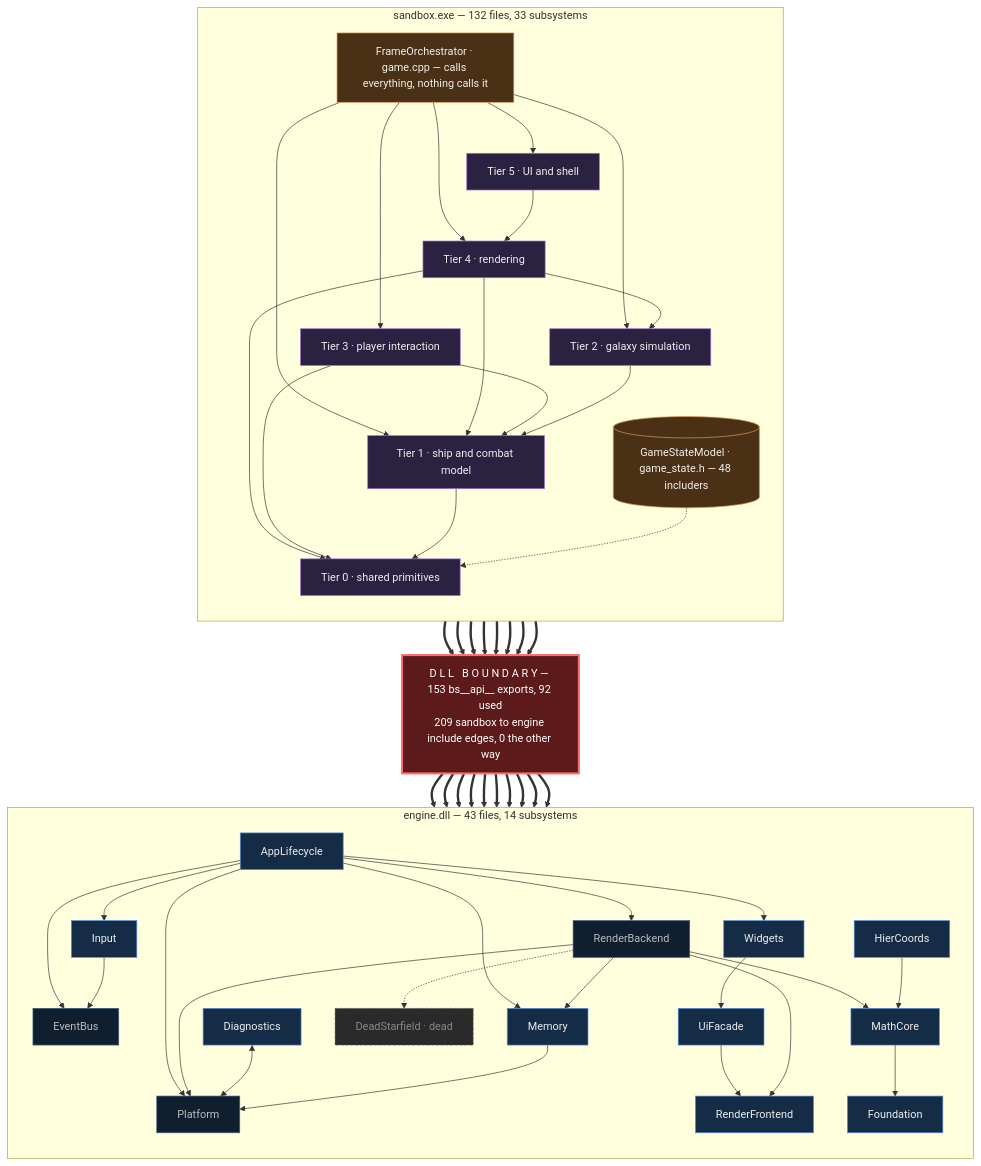
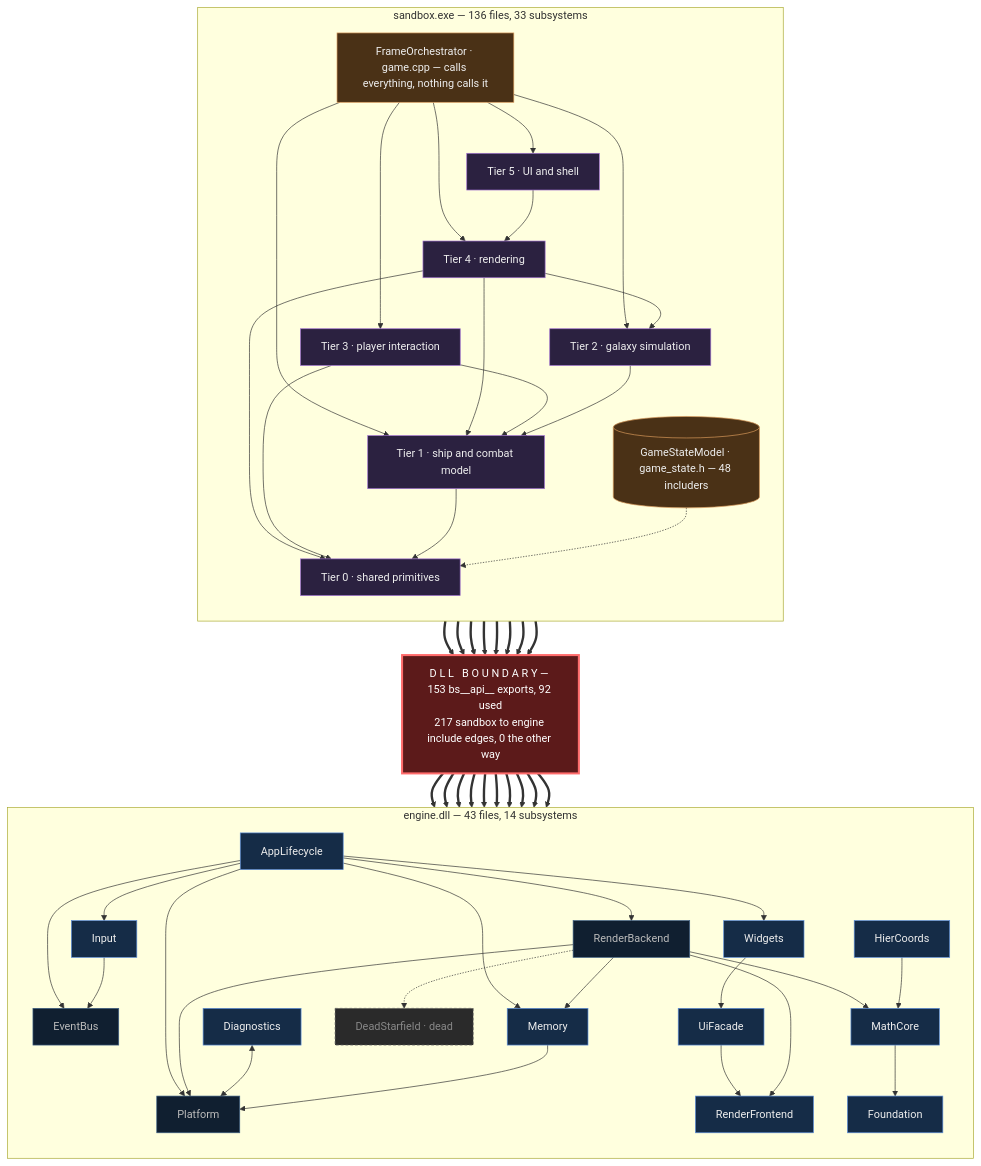
The diagram in docs/architecture/README.md (jm-kairos/black-stride-2D), drawn with Mermaid before and after one commit. The commit also changed other lines of this file and 4 other files, not shown here.

First line of the commit message:
Regenerate the dependency graph and repair the sandbox cluster map

````diff
--- a/docs/architecture/README.md
+++ b/docs/architecture/README.md
@@ -16,43 +16,43 @@
 ```mermaid
 flowchart TB
   classDef tier  fill:#2b2140,stroke:#a071d1,color:#eee
   classDef hub   fill:#4a3116,stroke:#d99a5b,color:#eee
   classDef eng   fill:#152c47,stroke:#5b8dd9,color:#eee
   classDef engi  fill:#101f30,stroke:#3d5f85,color:#bbb
   classDef dead  fill:#2a2a2a,stroke:#666,color:#888,stroke-dasharray:4 3
   classDef bar   fill:#5c1a1a,stroke:#ff6b6b,color:#fff,stroke-width:3px
 
-  subgraph SANDBOX["sandbox.exe — 132 files, 33 subsystems"]
+  subgraph SANDBOX["sandbox.exe — 136 files, 33 subsystems"]
     direction TB
     ORCH["FrameOrchestrator · game.cpp — calls everything, nothing calls it"] --> T5["Tier 5 · UI and shell"] & T4["Tier 4 · rendering"] & T3["Tier 3 · player interaction"] & T2["Tier 2 · galaxy simulation"] & T1["Tier 1 · ship and combat model"]
     T5 --> T4 --> T2 & T1 & T0["Tier 0 · shared primitives"]
     T3 --> T1 & T0
     T2 --> T1 --> T0
     HUB[("GameStateModel · game_state.h — 48 includers")] -.-> T0
   end
 
-  BOUND["D L L   B O U N D A R Y — 153 bs__api__ exports, 92 used<br/>209 sandbox to engine include edges, 0 the other way"]
+  BOUND["D L L   B O U N D A R Y — 153 bs__api__ exports, 92 used<br/>217 sandbox to engine include edges, 0 the other way"]
 
   T0 & T1 & T2 & T3 & T4 & T5 & ORCH & HUB ==> BOUND
 
   subgraph ENGINE["engine.dll — 43 files, 14 subsystems"]
     direction TB
     APP["AppLifecycle"] --> RBK["RenderBackend"] & WID["Widgets"] & INP["Input"] & EVT["EventBus"] & MEM["Memory"] & PLT["Platform"]
     WID --> UIF["UiFacade"] --> RFR["RenderFrontend"]
     RBK --> RFR & MEM & PLT & MTH["MathCore"]
     RBK -.-> DEAD["DeadStarfield · dead"]
     INP --> EVT
     DIA["Diagnostics"] <--> PLT
     HIER["HierCoords"] --> MTH --> FND["Foundation"]
     MEM --> PLT
   end
 
   BOUND ==> APP & WID & UIF & RFR & INP & MEM & DIA & MTH & HIER & FND
 
   class T0,T1,T2,T3,T4,T5 tier
   class ORCH,HUB hub
   class APP,WID,UIF,RFR,INP,MEM,DIA,MTH,HIER,FND eng
   class RBK,EVT,PLT engi
   class DEAD dead
   class BOUND bar
 ```
````
